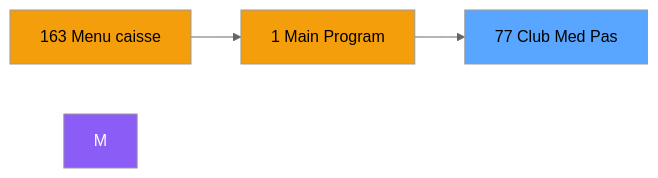
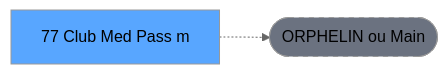
The second of 3 diagrams in .openspec/specs/ADH-IDE-77.md (thonyAGP/lecteur-magic), drawn with Mermaid (neutral theme) before and after one commit. The commit also changed other lines of this file and 701 other files, not shown here.

````diff
--- a/.openspec/specs/ADH-IDE-77.md
+++ b/.openspec/specs/ADH-IDE-77.md
@@ -134,12 +126,8 @@
 ```mermaid
 graph LR
-    N163[163 Menu caisse ]
-    N1[1 Main Program]
-    T[77 Club Med Pas]
-    N163 --> N1
-    N1 --> T
-    style M fill:#8b5cf6,color:#fff
-    style N163 fill:#f59e0b
-    style N1 fill:#f59e0b
+    T[77 Club Med Pass m]
+    ORPHAN([ORPHELIN ou Main])
+    T -.-> ORPHAN
     style T fill:#58a6ff,color:#000
+    style ORPHAN fill:#6b7280,stroke-dasharray: 5 5
 ```
````
